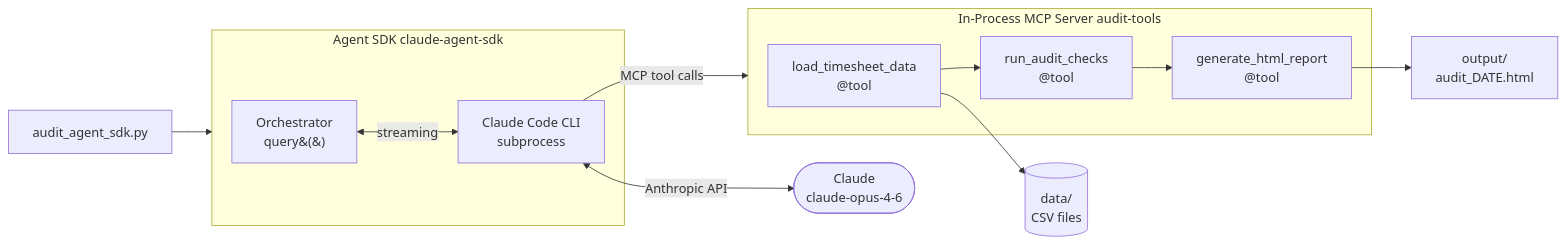
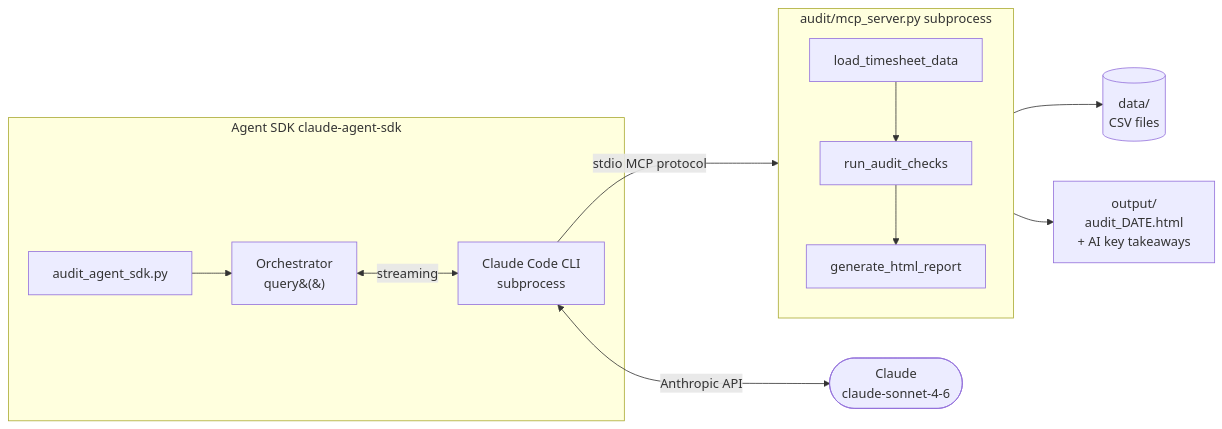
The second of 2 diagrams in README.md (sushantgawali/agentic-ai-timesheet), drawn with Mermaid before and after one commit. The commit also changed other lines of this file, not shown here.

Commit message:
docs: update architecture diagrams for subprocess MCP server

````diff
--- a/README.md
+++ b/README.md
@@ -225,24 +230,24 @@
 ```mermaid
 flowchart LR
     entry[audit_agent_sdk.py]
-    entry --> sdk
 
     subgraph sdk ["Agent SDK  claude-agent-sdk"]
-        orch[Orchestrator\nquery&#40;&#41;]
-        cli[Claude Code CLI\nsubprocess]
-        orch <-->|streaming| cli
+        entry --> orch[Orchestrator\nquery&#40;&#41;]
+        orch <-->|streaming| cli[Claude Code CLI\nsubprocess]
     end
 
-    cli <-->|Anthropic API| claude([Claude\nclaude-opus-4-6])
-    cli -->|MCP tool calls| mcp
+    cli <-->|Anthropic API| claude([Claude\nclaude-sonnet-4-6])
 
-    subgraph mcp ["In-Process MCP Server  audit-tools"]
-        t1["load_timesheet_data\n@tool"]
-        t2["run_audit_checks\n@tool"]
-        t3["generate_html_report\n@tool"]
+    cli -->|stdio MCP protocol| mcp
+
+    subgraph mcp ["audit/mcp_server.py  subprocess"]
+        direction TB
+        t1[load_timesheet_data]
+        t2[run_audit_checks]
+        t3[generate_html_report]
         t1 --> t2 --> t3
     end
 
     t1 --> data[(data/\nCSV files)]
-    t3 --> out[output/\naudit_DATE.html]
+    t3 --> out[output/\naudit_DATE.html\n+ AI key takeaways]
 ```
````
